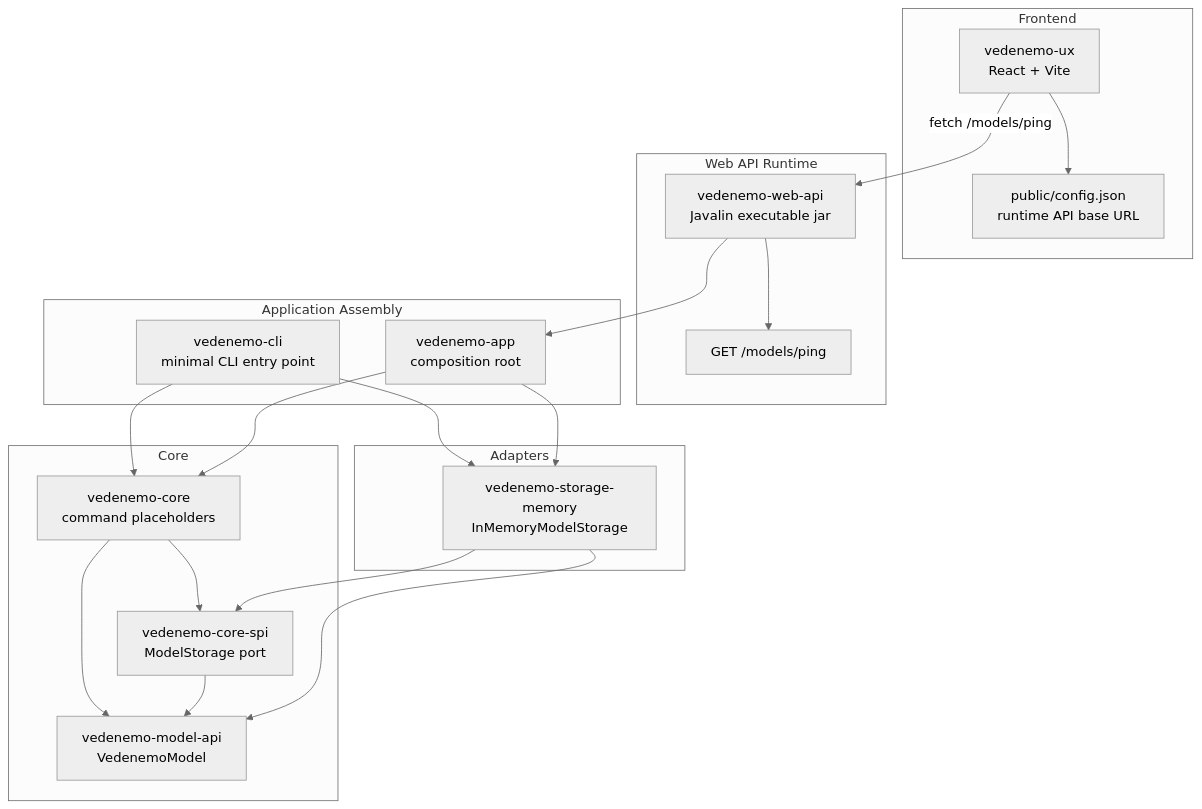
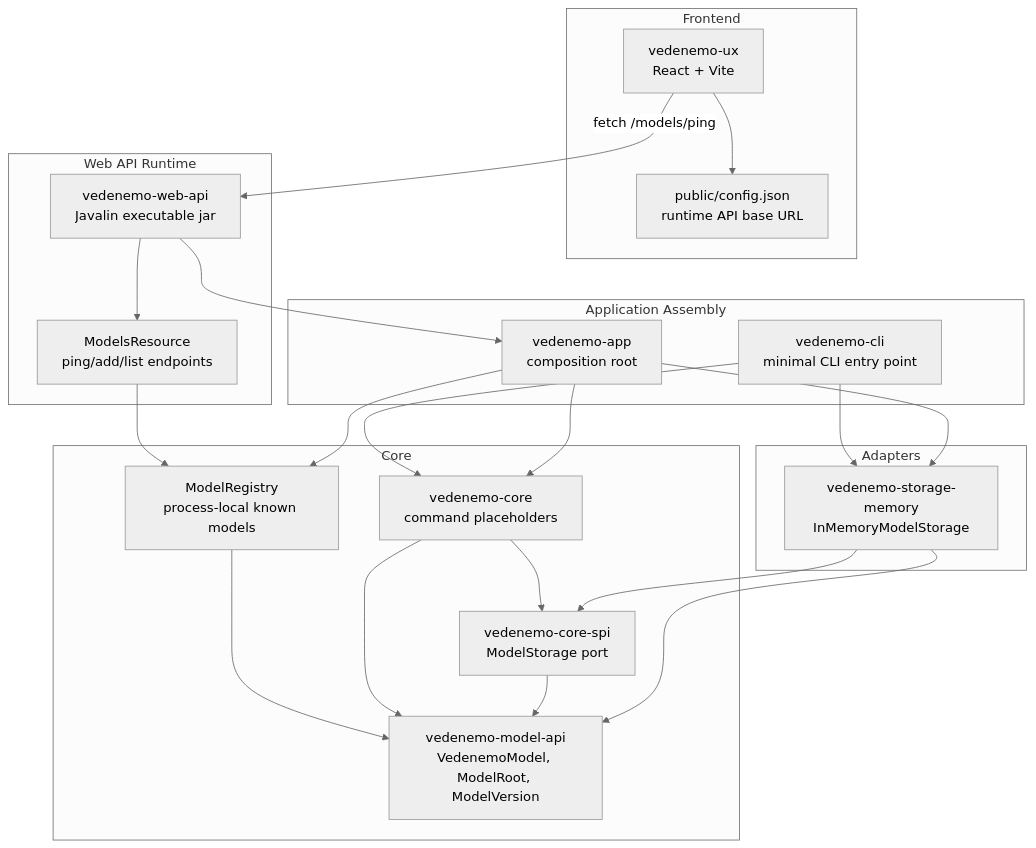
One commit to VedenemoDev/VedenemoMonorepo changed the first of 4 diagrams in docs/architecture_doc.md. Above: the diagram before and after it, drawn with Mermaid (neutral theme). The commit also changed other lines of this file and 13 other files, not shown here.

First line of the commit message:
Add ModelRoot registry and model REST endpoints

````diff
--- a/docs/architecture_doc.md
+++ b/docs/architecture_doc.md
@@ -14,42 +14,46 @@
 ```mermaid
 flowchart TB
 
 subgraph UX["Frontend"]
     ViteUX["vedenemo-ux<br/>React + Vite"]
     RuntimeConfig["public/config.json<br/>runtime API base URL"]
 end
 
 subgraph Web["Web API Runtime"]
     WebApi["vedenemo-web-api<br/>Javalin executable jar"]
-    ModelsResource["GET /models/ping"]
+    ModelsResource["ModelsResource<br/>ping/add/list endpoints"]
 end
 
 subgraph App["Application Assembly"]
     AppRoot["vedenemo-app<br/>composition root"]
     Cli["vedenemo-cli<br/>minimal CLI entry point"]
 end
 
 subgraph Core["Core"]
     CoreModule["vedenemo-core<br/>command placeholders"]
+    ModelRegistry["ModelRegistry<br/>process-local known models"]
     Spi["vedenemo-core-spi<br/>ModelStorage port"]
-    ModelApi["vedenemo-model-api<br/>VedenemoModel"]
+    ModelApi["vedenemo-model-api<br/>VedenemoModel, ModelRoot, ModelVersion"]
 end
 
 subgraph Adapters["Adapters"]
     MemoryStorage["vedenemo-storage-memory<br/>InMemoryModelStorage"]
 end
 
 ViteUX --> RuntimeConfig
 ViteUX -->|fetch /models/ping| WebApi
 WebApi --> ModelsResource
 WebApi --> AppRoot
+ModelsResource --> ModelRegistry
 Cli --> CoreModule
 Cli --> MemoryStorage
 AppRoot --> CoreModule
+AppRoot --> ModelRegistry
 AppRoot --> MemoryStorage
+ModelRegistry --> ModelApi
 CoreModule --> Spi
 CoreModule --> ModelApi
 Spi --> ModelApi
 MemoryStorage --> Spi
 MemoryStorage --> ModelApi
 ```
````
